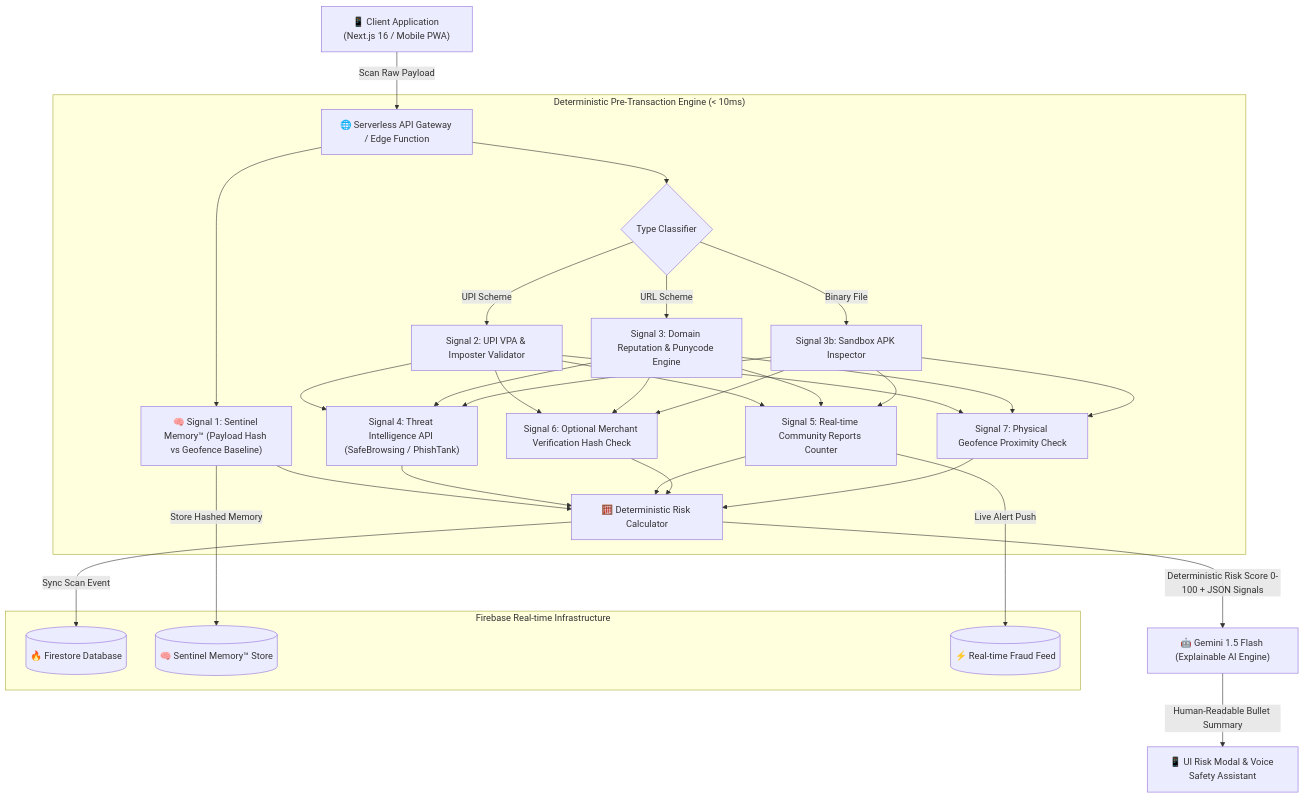
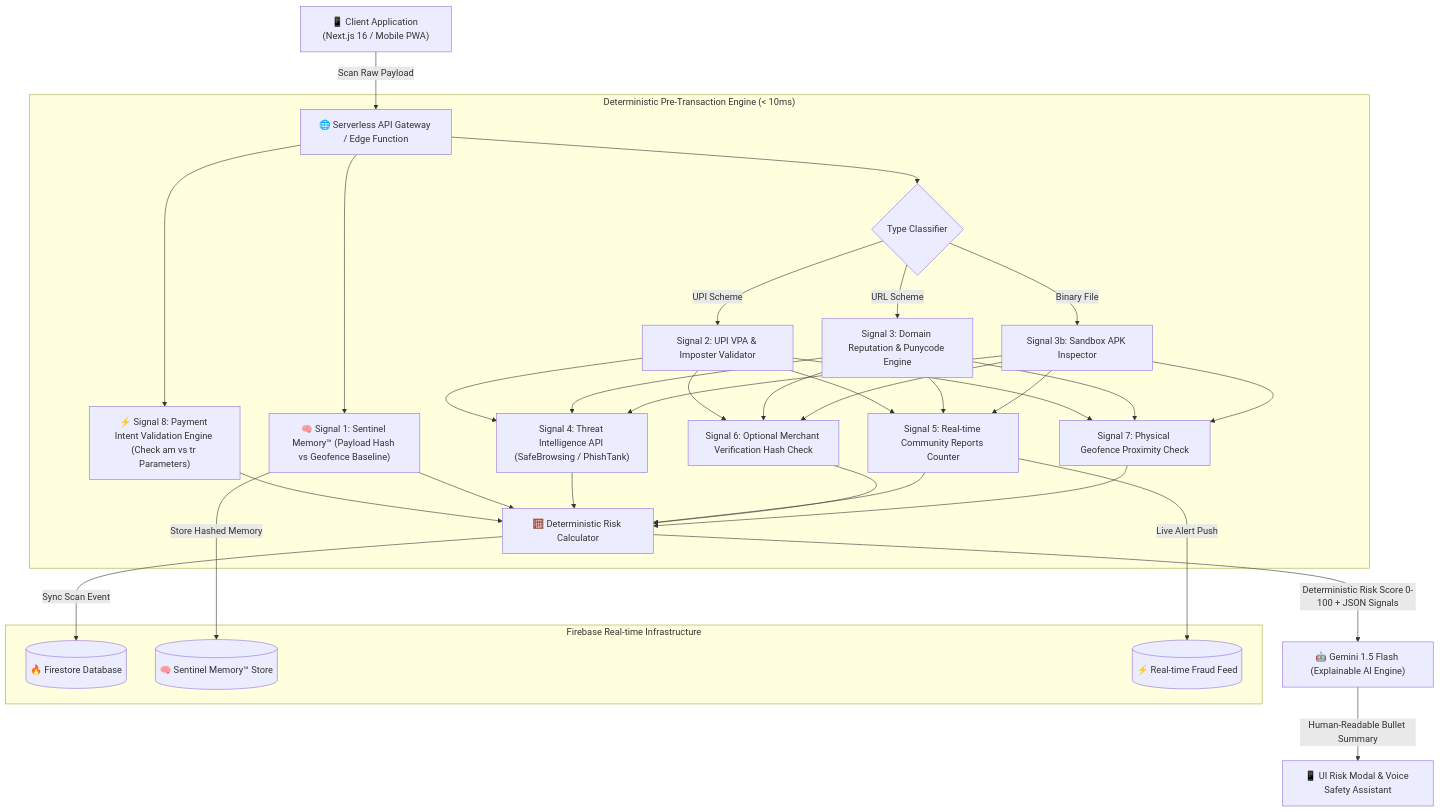
One commit to thatrasunil/securepe changed the diagram in docs/SYSTEM_DESIGN_ARCHITECTURE_WIREFRAME.md. Above: the diagram before and after it, drawn with Mermaid. The commit also changed other lines of this file and 5 other files, not shown here.

Commit message:
feat: integrate Payment Intent Validation Engine (Signal #8) and update master USP documentation

````diff
--- a/docs/SYSTEM_DESIGN_ARCHITECTURE_WIREFRAME.md
+++ b/docs/SYSTEM_DESIGN_ARCHITECTURE_WIREFRAME.md
@@ -11,29 +11,30 @@
 ```mermaid
 graph TD
     Client["📱 Client Application (Next.js 16 / Mobile PWA)"] -->|Scan Raw Payload| Gateway["🌐 Serverless API Gateway / Edge Function"]
     
     subgraph "Deterministic Pre-Transaction Engine (< 10ms)"
+        Gateway --> Intent["⚡ Signal 8: Payment Intent Validation Engine (Check am vs tr Parameters)"]
         Gateway --> Memory["🧠 Signal 1: Sentinel Memory™ (Payload Hash vs Geofence Baseline)"]
         Gateway --> Router{"Type Classifier"}
         Router -->|UPI Scheme| UPI["Signal 2: UPI VPA & Imposter Validator"]
         Router -->|URL Scheme| Web["Signal 3: Domain Reputation & Punycode Engine"]
         Router -->|Binary File| APK["Signal 3b: Sandbox APK Inspector"]
         
         UPI & Web & APK --> Intel["Signal 4: Threat Intelligence API (SafeBrowsing / PhishTank)"]
         UPI & Web & APK --> Community["Signal 5: Real-time Community Reports Counter"]
         UPI & Web & APK --> Merchant["Signal 6: Optional Merchant Verification Hash Check"]
         UPI & Web & APK --> Geo["Signal 7: Physical Geofence Proximity Check"]
         
-        Memory & Intel & Community & Merchant & Geo --> Evaluator["🧮 Deterministic Risk Calculator"]
+        Intent & Memory & Intel & Community & Merchant & Geo --> Evaluator["🧮 Deterministic Risk Calculator"]
     end
 
     Evaluator -->|Deterministic Risk Score 0-100 + JSON Signals| AI["🤖 Gemini 1.5 Flash (Explainable AI Engine)"]
     
     subgraph "Firebase Real-time Infrastructure"
         Evaluator -->|Sync Scan Event| Firestore[("🔥 Firestore Database")]
         Memory -->|Store Hashed Memory| TrustMemory[("🧠 Sentinel Memory™ Store")]
         Community -->|Live Alert Push| RealtimeFeed[("⚡ Real-time Fraud Feed")]
     end
     
     AI -->|Human-Readable Bullet Summary| Card["📱 UI Risk Modal & Voice Safety Assistant"]
 ```
````
